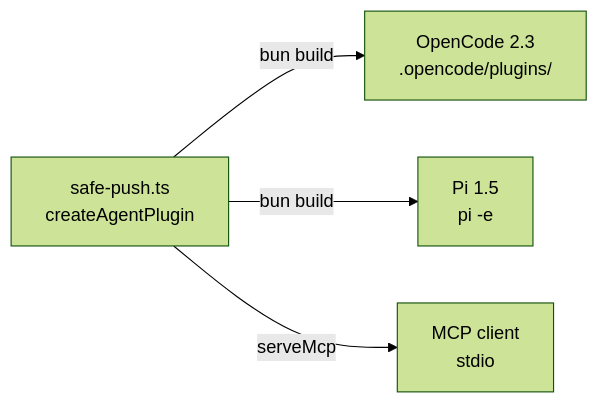
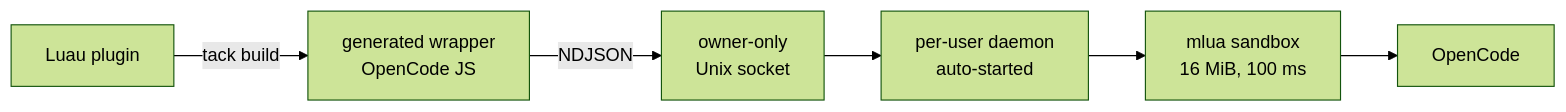
One commit to wrkhse/tack changed the diagram in README.md. Above: the diagram before and after it, drawn with Mermaid (forest theme). The commit also changed other lines of this file and 268 other files, not shown here.

````diff
--- a/README.md
+++ b/README.md
@@ -8,6 +35,8 @@
 ```mermaid
 flowchart LR
-    Plugin["safe-push.ts<br/>createAgentPlugin"] -->|"bun build"| OC["OpenCode 2.3<br/>.opencode/plugins/"]
-    Plugin -->|"bun build"| Pi["Pi 1.5<br/>pi -e"]
-    Plugin -->|"serveMcp"| MCP["MCP client<br/>stdio"]
+    Plugin["Luau plugin"] -->|"tack build"| Wrapper["generated wrapper<br/>OpenCode JS"]
+    Wrapper -->|"NDJSON"| Socket["owner-only<br/>Unix socket"]
+    Socket --> Daemon["per-user daemon<br/>auto-started"]
+    Daemon --> Sandbox["mlua sandbox<br/>16 MiB, 100 ms"]
+    Sandbox --> OpenCode["OpenCode"]
 ```
````
